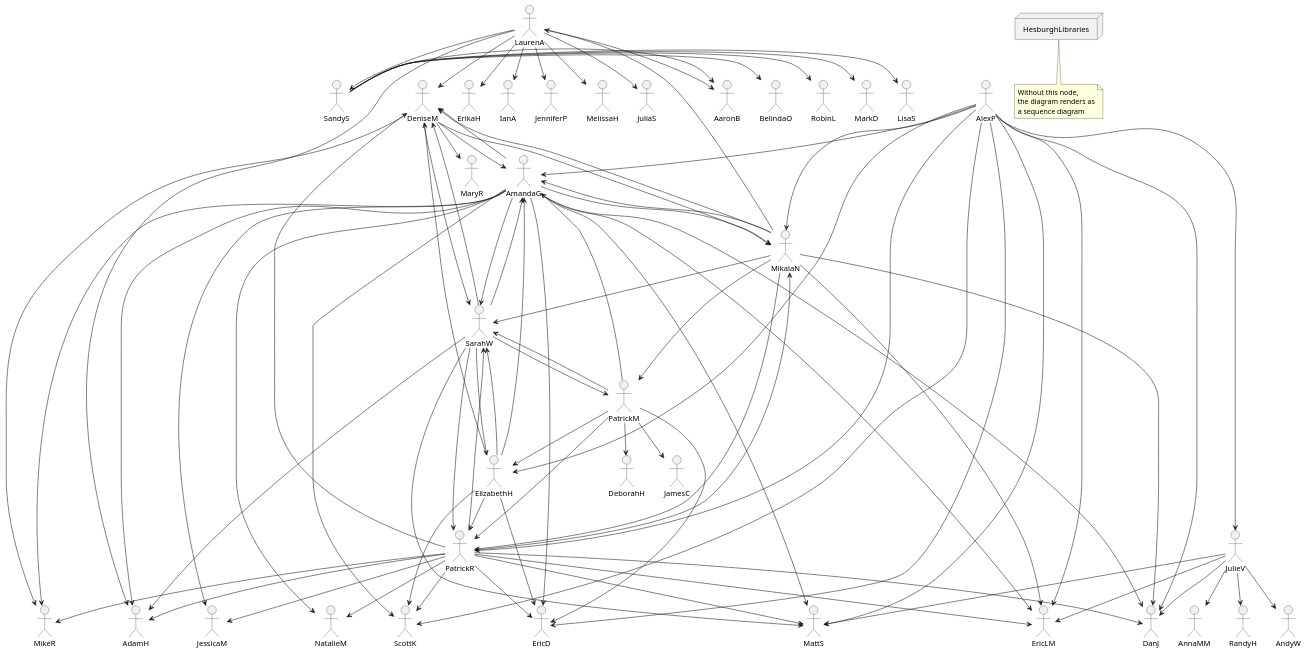
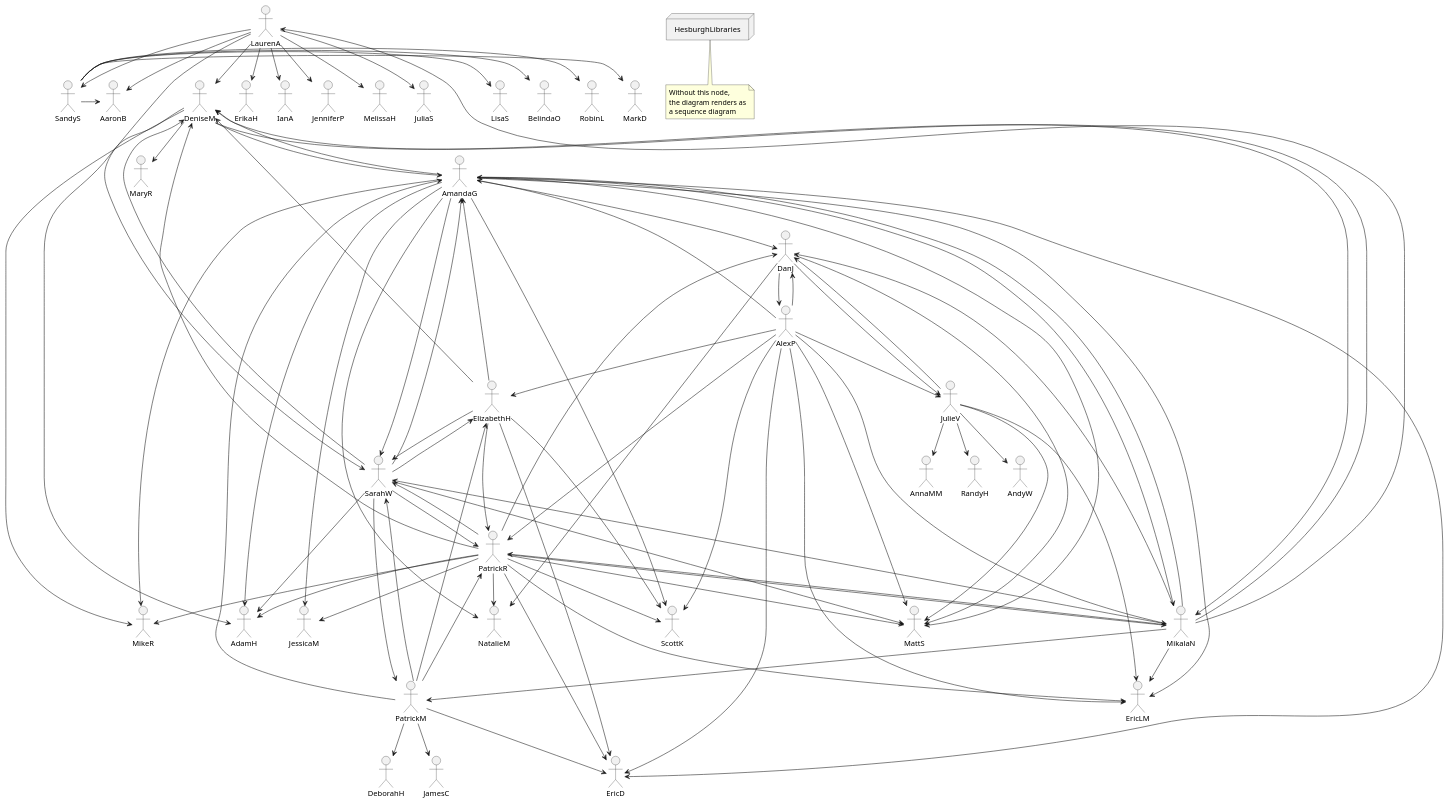
The diagram in plantuml/people.puml (ndlib/dam-ecosystem-mapping), drawn with PlantUML before and after one commit. The commit also changed 5 other files, not shown here.

```diff
--- a/plantuml/people.puml
+++ b/plantuml/people.puml
@@ -3,126 +3,130 @@
 @startuml
 node HesburghLibraries
 note bottom of HesburghLibraries
   Without this node,
   the diagram renders as
   a sequence diagram
 end note
 
 actor AaronB
 actor AdamH
 actor AlexP
 actor AmandaG
 actor AnnaMM
 actor BelindaO
 actor DanJ
 actor DeborahH
 actor DeniseM
 actor ElizabethH
 actor EricD
 actor EricLM
 actor ErikaH
 actor IanA
 actor JamesC
 actor JenniferP
 actor JulieV
 actor LaurenA
 actor LisaS
 actor MarkD
 actor MelissaH
 actor MikalaN
 actor PatrickM
 actor PatrickR
 actor RandyH
 actor RobinL
 actor SandyS
 actor SarahW
 
 AlexP --> AmandaG
 AlexP --> DanJ
 AlexP --> ElizabethH
 AlexP --> EricD
 AlexP --> EricLM
 AlexP --> JulieV
 AlexP --> MattS
 AlexP --> MikalaN
 AlexP --> PatrickR
 AlexP --> ScottK
 AmandaG --> AdamH
 AmandaG --> DanJ
 AmandaG --> DeniseM
 AmandaG --> EricD
 AmandaG --> EricLM
 AmandaG --> JessicaM
 AmandaG --> MattS
 AmandaG --> MikalaN
 AmandaG --> MikeR
 AmandaG --> NatalieM
 AmandaG --> SarahW
 AmandaG --> ScottK
+DanJ --> AlexP
+DanJ --> JulieV
+DanJ --> MattS
+DanJ --> NatalieM
 DeniseM --> AmandaG
 DeniseM --> MaryR
 DeniseM --> MikalaN
 DeniseM --> MikeR
 DeniseM --> SarahW
 ElizabethH --> AmandaG
 ElizabethH --> DeniseM
 ElizabethH --> EricD
 ElizabethH --> PatrickR
 ElizabethH --> SarahW
 ElizabethH --> ScottK
 JulieV --> AndyW
 JulieV --> AnnaMM
 JulieV --> DanJ
 JulieV --> EricLM
 JulieV --> MattS
 JulieV --> RandyH
 LaurenA --> AaronB
 LaurenA --> AdamH
 LaurenA --> DeniseM
 LaurenA --> ErikaH
 LaurenA --> IanA
 LaurenA --> JenniferP
 LaurenA --> JuliaS
 LaurenA --> MelissaH
 LaurenA --> SandyS
 MikalaN --> AmandaG
 MikalaN --> DanJ
 MikalaN --> DeniseM
 MikalaN --> EricLM
 MikalaN --> LaurenA
 MikalaN --> PatrickM
 MikalaN --> PatrickR
 MikalaN --> SarahW
 PatrickM --> AmandaG
 PatrickM --> DeborahH
 PatrickM --> ElizabethH
 PatrickM --> EricD
 PatrickM --> JamesC
 PatrickM --> PatrickR
 PatrickM --> SarahW
 PatrickR --> AdamH
 PatrickR --> DanJ
 PatrickR --> DeniseM
 PatrickR --> EricD
 PatrickR --> EricLM
 PatrickR --> JessicaM
 PatrickR --> MattS
 PatrickR --> MikalaN
 PatrickR --> MikeR
 PatrickR --> NatalieM
 PatrickR --> SarahW
 PatrickR --> ScottK
 SandyS -> AaronB
 SandyS -> BelindaO
 SandyS -> LisaS
 SandyS -> MarkD
 SandyS -> RobinL
 SarahW --> AdamH
 SarahW --> AmandaG
 SarahW --> DeniseM
 SarahW --> ElizabethH
 SarahW --> MattS
 SarahW --> PatrickM
 SarahW --> PatrickR
 
 @enduml
```
